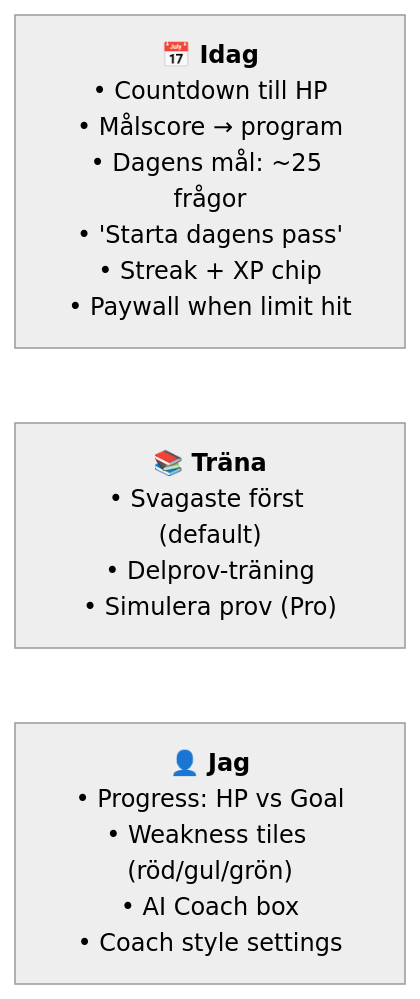
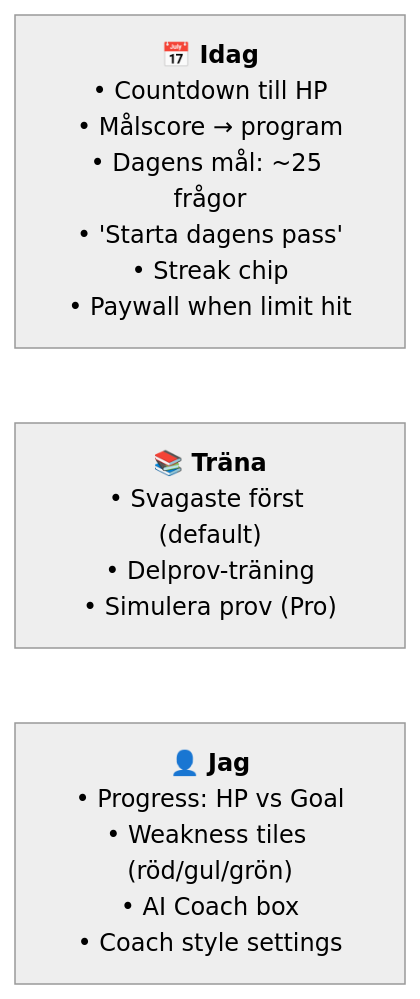
One commit to Willayam/maxa changed the fourth of 8 diagrams in docs/ROADMAP.md. Above: the diagram before and after it, drawn with Mermaid (neutral theme). The commit also changed other lines of this file and 24 other files, not shown here.

````diff
--- a/docs/ROADMAP.md
+++ b/docs/ROADMAP.md
@@ -90,6 +90,6 @@
 ```mermaid
 flowchart LR
-    A["<b>📅 Idag</b><br/>• Countdown till HP<br/>• Målscore → program<br/>• Dagens mål: ~25 frågor<br/>• 'Starta dagens pass'<br/>• Streak + XP chip<br/>• Paywall when limit hit"]
+    A["<b>📅 Idag</b><br/>• Countdown till HP<br/>• Målscore → program<br/>• Dagens mål: ~25 frågor<br/>• 'Starta dagens pass'<br/>• Streak chip<br/>• Paywall when limit hit"]
     B["<b>📚 Träna</b><br/>• Svagaste först (default)<br/>• Delprov-träning<br/>• Simulera prov (Pro)"]
     C["<b>👤 Jag</b><br/>• Progress: HP vs Goal<br/>• Weakness tiles (röd/gul/grön)<br/>• AI Coach box<br/>• Coach style settings"]
 ```
````
